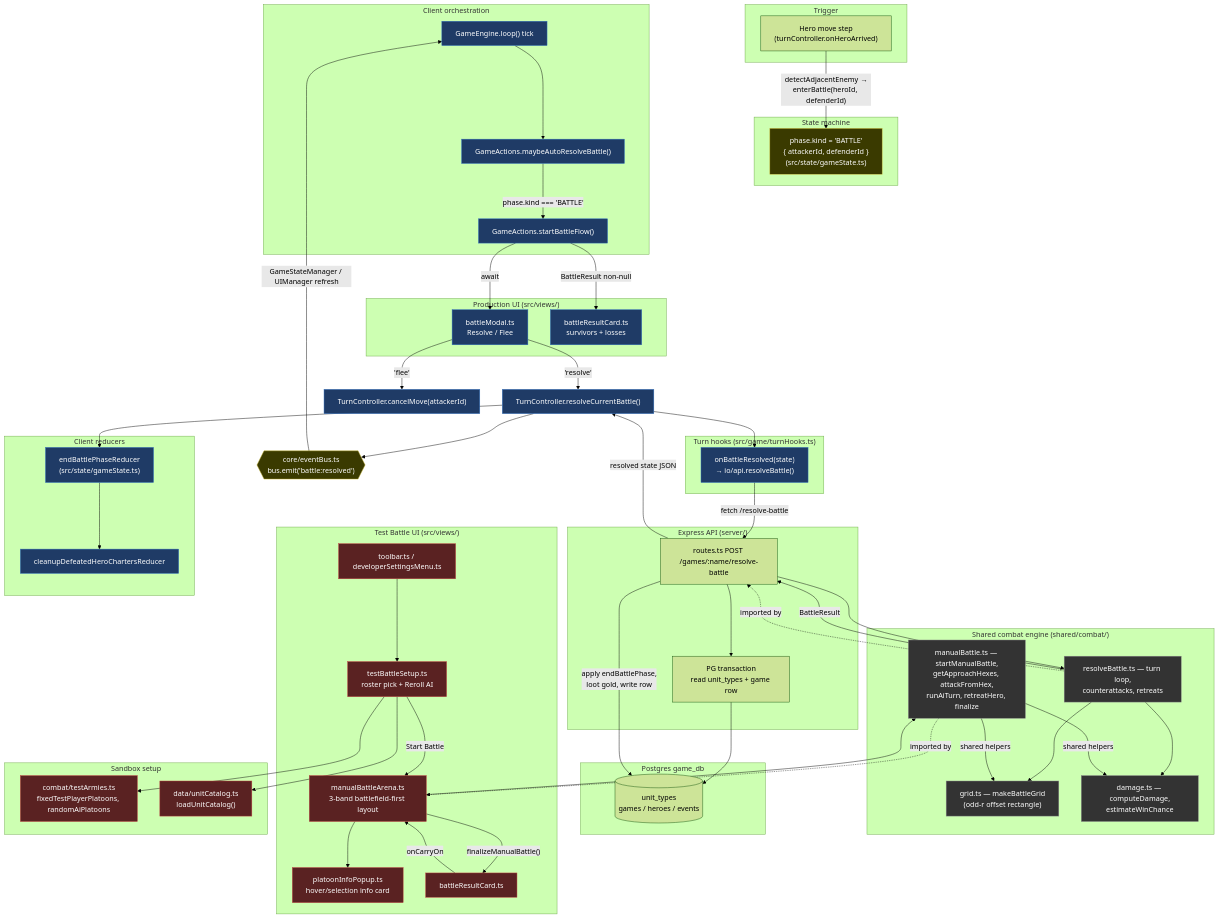
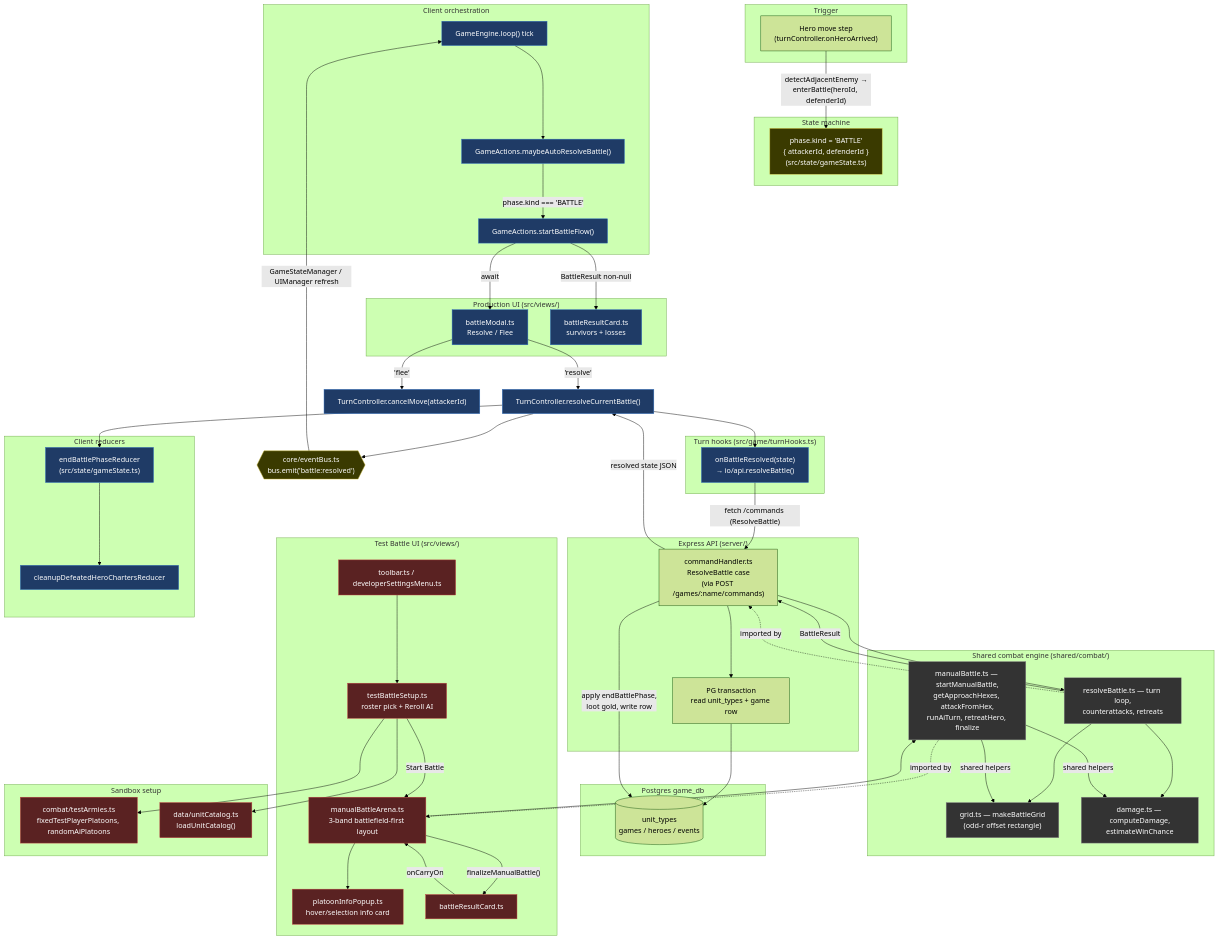
Before and after one commit to JLRoper/vigilant-palm-tree: the diagram in docs/battle-view-architecture.md, drawn with Mermaid (forest theme). The commit also changed other lines of this file and 24 other files, not shown here.

```diff
--- a/docs/battle-view-architecture.md
+++ b/docs/battle-view-architecture.md
@@ -55,7 +55,7 @@
     end
 
     subgraph SERVER["Express API (server/)"]
-        I["routes.ts POST /games/:name/resolve-battle"]
+        I["commandHandler.ts<br/>ResolveBattle case<br/>(via POST /games/:name/commands)"]
         J["PG transaction<br/>read unit_types + game row"]
     end
 
@@ -98,7 +98,7 @@
     F -->|"'resolve'"| X["TurnController.resolveCurrentBattle()"]
     F -->|"'flee'"| Y["TurnController.cancelMove(attackerId)"]
     X --> H
-    H -->|"fetch /resolve-battle"| I
+    H -->|"fetch /commands (ResolveBattle)"| I
     I --> J
     J --> O
     I --> M
```
